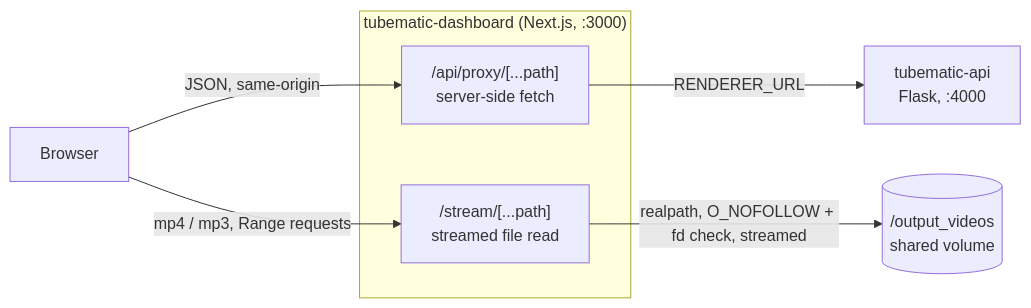
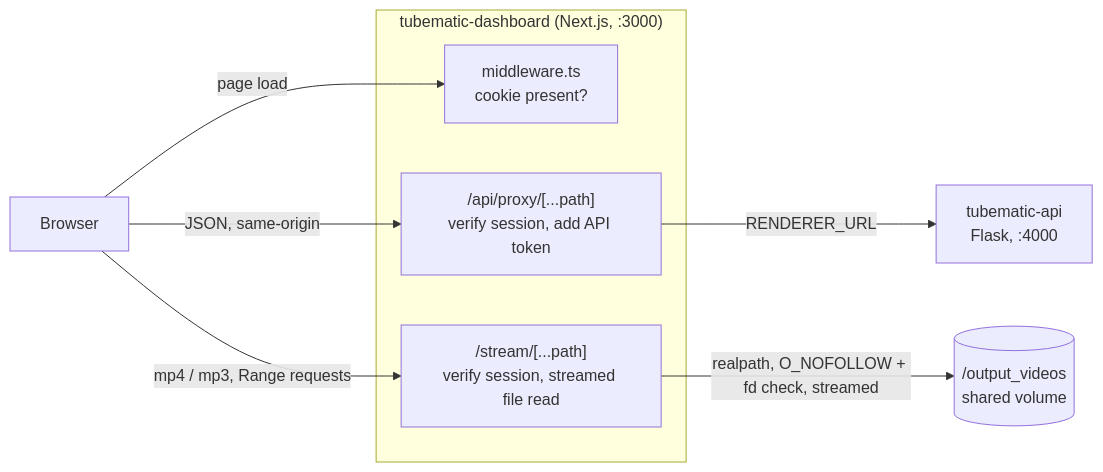
Before and after one commit to teja156/tubematic: the diagram in docs/developer/15-dashboard.md, drawn with Mermaid. The commit also changed other lines of this file and 25 other files, not shown here.

````diff
--- a/docs/developer/15-dashboard.md
+++ b/docs/developer/15-dashboard.md
@@ -99,15 +106,17 @@
 ```mermaid
 flowchart LR
     B["Browser"]
     subgraph N["tubematic-dashboard (Next.js, :3000)"]
-        P["/api/proxy/[...path]<br/>server-side fetch"]
-        S["/stream/[...path]<br/>streamed file read"]
+        M["middleware.ts<br/>cookie present?"]
+        P["/api/proxy/[...path]<br/>verify session, add API token"]
+        S["/stream/[...path]<br/>verify session, streamed file read"]
     end
     F["tubematic-api<br/>Flask, :4000"]
     V[("/output_videos<br/>shared volume")]
 
+    B -->|"page load"| M
     B -->|"JSON, same-origin"| P
     P -->|"RENDERER_URL"| F
     B -->|"mp4 / mp3, Range requests"| S
     S -->|"realpath, O_NOFOLLOW + fd check, streamed"| V
 ```
````
